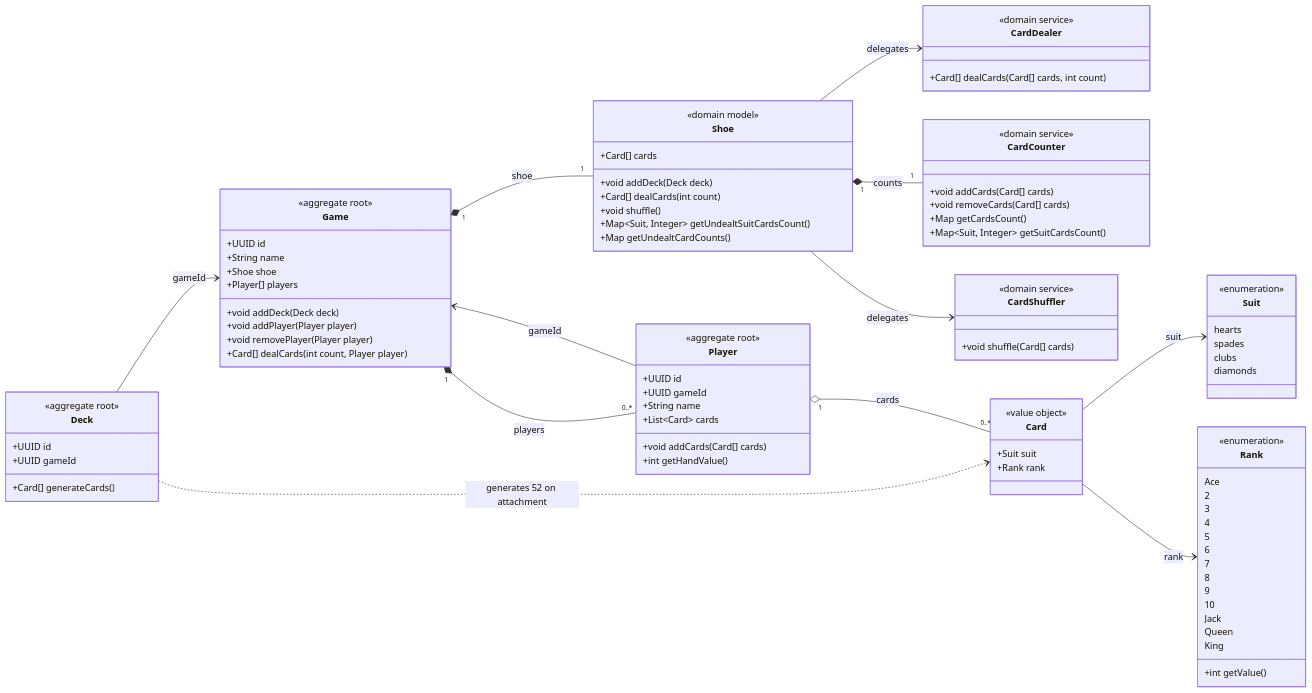
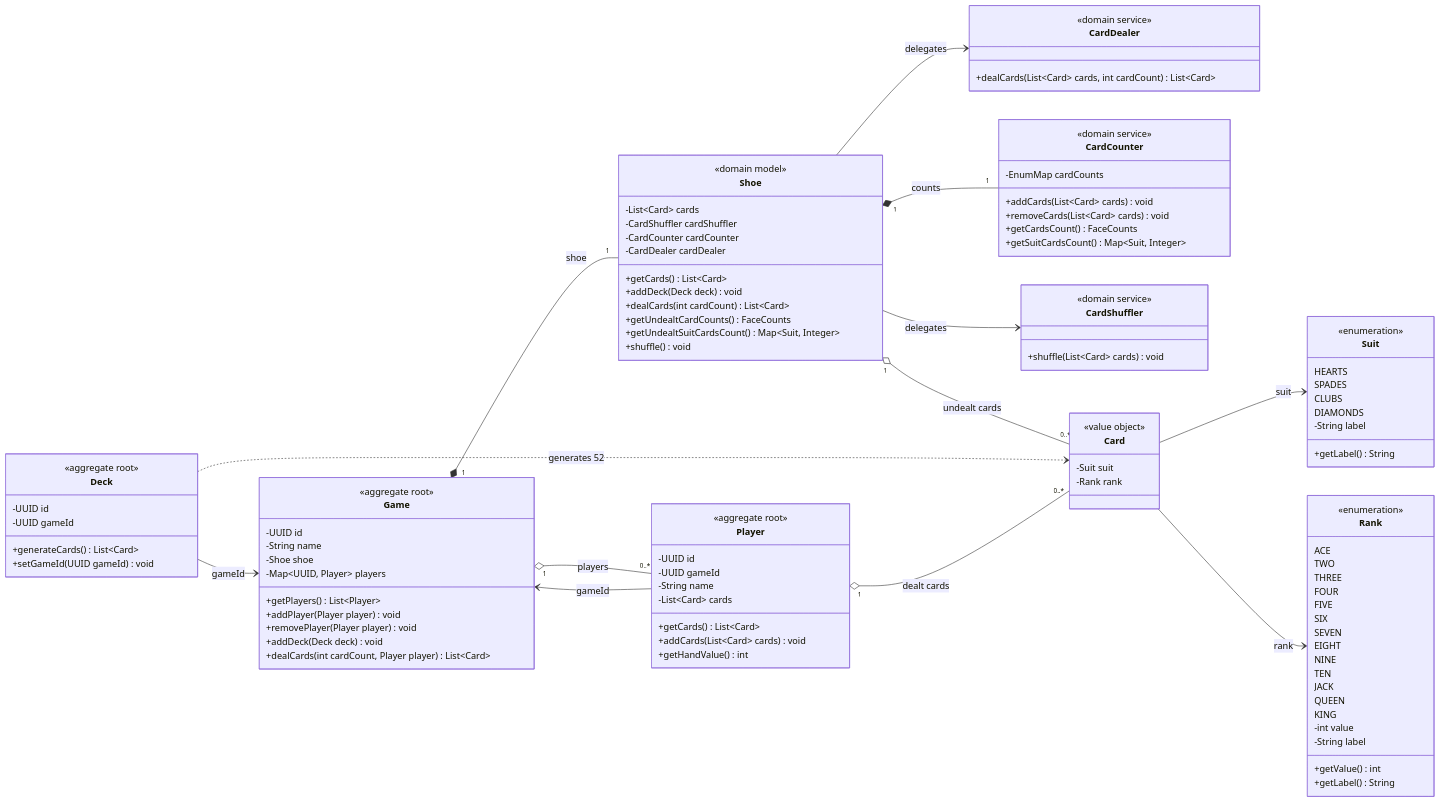
Before and after one commit to JulieTetrault/poker: the diagram in docs/domain.md, drawn with Mermaid. The commit also changed other lines of this file and 5 other files, not shown here.

````diff
--- a/docs/domain.md
+++ b/docs/domain.md
@@ -6,108 +7,116 @@
 
     class Suit {
         <<enumeration>>
-        hearts
-        spades
-        clubs
-        diamonds
+        HEARTS
+        SPADES
+        CLUBS
+        DIAMONDS
+        -String label
+        +getLabel() String
     }
 
     class Rank {
         <<enumeration>>
-        Ace
-        2
-        3
-        4
-        5
-        6
-        7
-        8
-        9
-        10
-        Jack
-        Queen
-        King
-
-        +int getValue()
+        ACE
+        TWO
+        THREE
+        FOUR
+        FIVE
+        SIX
+        SEVEN
+        EIGHT
+        NINE
+        TEN
+        JACK
+        QUEEN
+        KING
+        -int value
+        -String label
+        +getValue() int
+        +getLabel() String
     }
 
     class Game {
         <<aggregate root>>
-        +UUID id
-        +String name
-        +Shoe shoe
-        +Player[] players
-        +void addDeck(Deck deck)
-        +void addPlayer(Player player)
-        +void removePlayer(Player player)
-        +Card[] dealCards(int count, Player player)
+        -UUID id
+        -String name
+        -Shoe shoe
+        -Map~UUID, Player~ players
+        +getPlayers() List~Player~
+        +addPlayer(Player player) void
+        +removePlayer(Player player) void
+        +addDeck(Deck deck) void
+        +dealCards(int cardCount, Player player) List~Card~
     }
 
     class Shoe {
         <<domain model>>
-        +Card[] cards
-        +void addDeck(Deck deck)
-        +Card[] dealCards(int count)
-        +void shuffle()
-        +Map~Suit, Integer~ getUndealtSuitCardsCount()
-        +Map getUndealtCardCounts()
+        -List~Card~ cards
+        -CardShuffler cardShuffler
+        -CardCounter cardCounter
+        -CardDealer cardDealer
+        +getCards() List~Card~
+        +addDeck(Deck deck) void
+        +dealCards(int cardCount) List~Card~
+        +getUndealtCardCounts() FaceCounts
+        +getUndealtSuitCardsCount() Map~Suit, Integer~
+        +shuffle() void
     }
 
     class CardDealer {
         <<domain service>>
-        +Card[] dealCards(Card[] cards, int count)
+        +dealCards(List~Card~ cards, int cardCount) List~Card~
     }
 
     class CardCounter {
         <<domain service>>
-        +void addCards(Card[] cards)
-        +void removeCards(Card[] cards)
-        +Map getCardsCount()
-        +Map~Suit, Integer~ getSuitCardsCount()
+        -EnumMap cardCounts
+        +addCards(List~Card~ cards) void
+        +removeCards(List~Card~ cards) void
+        +getCardsCount() FaceCounts
+        +getSuitCardsCount() Map~Suit, Integer~
     }
 
     class CardShuffler {
         <<domain service>>
-        +void shuffle(Card[] cards)
+        +shuffle(List~Card~ cards) void
     }
 
     class Deck {
         <<aggregate root>>
-        +UUID id
-        +UUID gameId
-        +Card[] generateCards()
+        -UUID id
+        -UUID gameId
+        +generateCards() List~Card~
+        +setGameId(UUID gameId) void
     }
 
     class Card {
         <<value object>>
-        +Suit suit
-        +Rank rank
+        -Suit suit
+        -Rank rank
     }
 
     class Player {
         <<aggregate root>>
-        +UUID id
-        +UUID gameId
-        +String name
-        +List~Card~ cards
-
-        +void addCards(Card[] cards)
-        +int getHandValue()
+        -UUID id
+        -UUID gameId
+        -String name
+        -List~Card~ cards
+        +getCards() List~Card~
+        +addCards(List~Card~ cards) void
+        +getHandValue() int
     }
 
     Game "1" *-- "1" Shoe : shoe
+    Game "1" o-- "0..*" Player : players
+    Shoe "1" o-- "0..*" Card : undealt cards
     Shoe --> CardDealer : delegates
     Shoe "1" *-- "1" CardCounter : counts
     Shoe --> CardShuffler : delegates
-    Game "1" *-- "0..*" Player : players
-
-    Deck ..> Card : generates 52 on attachment
-
-    Player "1" o-- "0..*" Card : cards
-
+    Deck ..> Card : generates 52
     Deck --> Game : gameId
     Player --> Game : gameId
-
+    Player "1" o-- "0..*" Card : dealt cards
     Card --> Suit : suit
     Card --> Rank : rank
 ```
````
